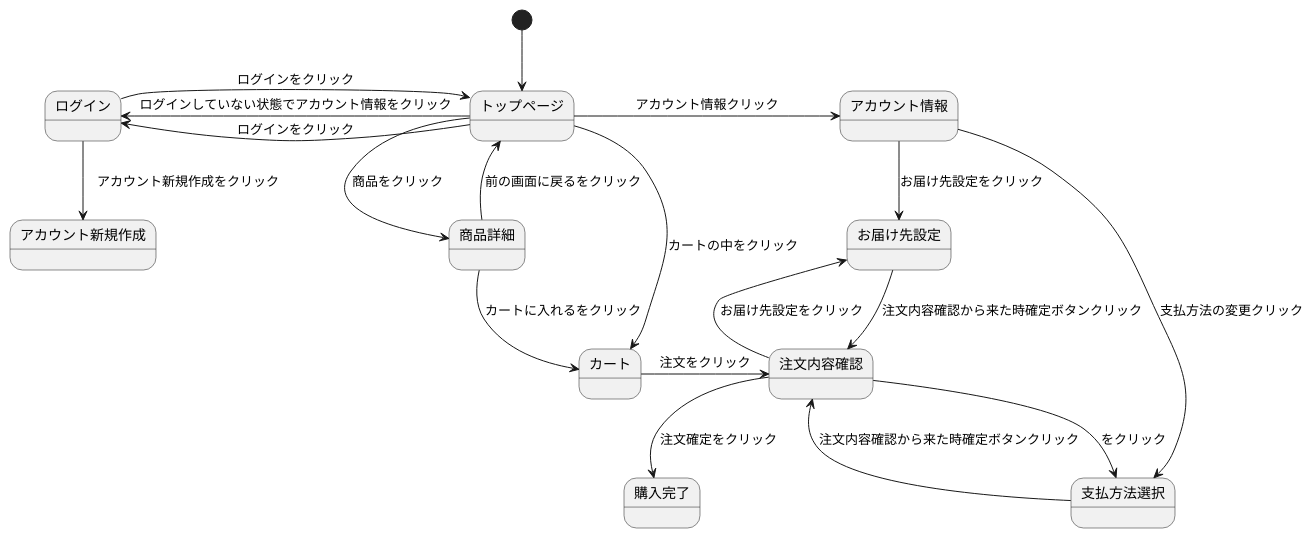
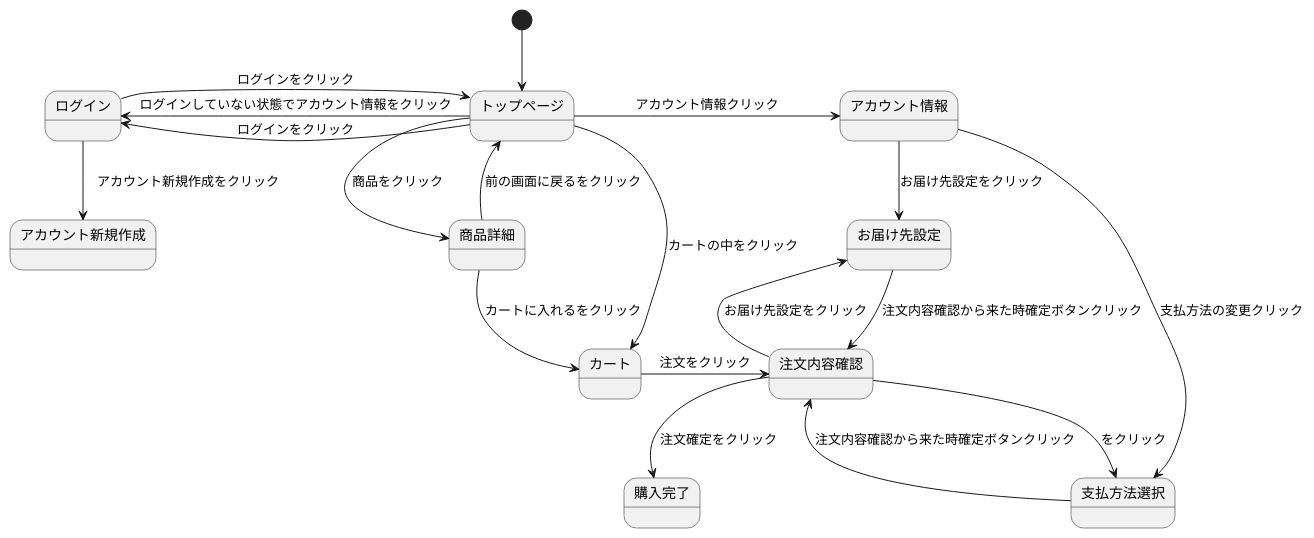
One commit to Aso2001133/2021sys-design changed the diagram in sumple_01.md. Above: the diagram before and after it, drawn with PlantUML.

````diff
--- a/sumple_01.md
+++ b/sumple_01.md
@@ -1,39 +1,39 @@
 ```uml
 @startuml
 [*] --> トップページ 
 
 トップページ -> アカウント情報 : アカウント情報クリック 
 
 トップページ -left-> ログイン : ログインをクリック
 
 トップページ -left-> ログイン : ログインしていない状態でアカウント情報をクリック
 
 トップページ --> 商品詳細 : 商品をクリック 
 
 トップページ ---> カート : カートの中をクリック 
 
 ログイン -> トップページ : ログインをクリック
 
 ログイン --> アカウント新規作成 :　アカウント新規作成をクリック
 
 アカウント情報 --> お届け先設定 : お届け先設定をクリック 
 
 アカウント情報 --> 支払方法選択 : 支払方法の変更クリック
 
 お届け先設定 --> 注文内容確認  : 注文内容確認から来た時確定ボタンクリック
 
 支払方法選択 --> 注文内容確認  : 注文内容確認から来た時確定ボタンクリック
 
 商品詳細 --> カート : カートに入れるをクリック 
 
 商品詳細 --> トップページ : 前の画面に戻るをクリック 
 
 カート -> 注文内容確認 : 注文をクリック 
 
-注文内容確認 --> お届け先設定 : お届け先設定をクリック 
+注文内容確認 -> お届け先設定 : お届け先設定をクリック 
 
-注文内容確認 --> 支払方法選択 : をクリック 
+注文内容確認 -> 支払方法選択 : をクリック 
 
 注文内容確認 --> 購入完了 : 注文確定をクリック 
 @enduml
 ```
````
